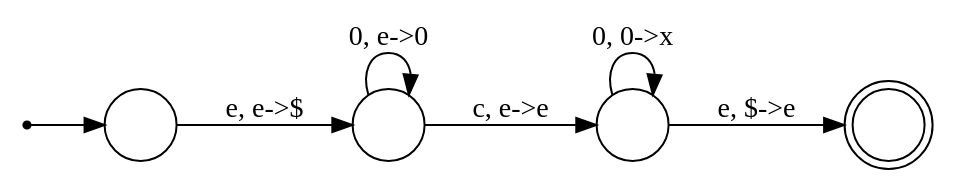
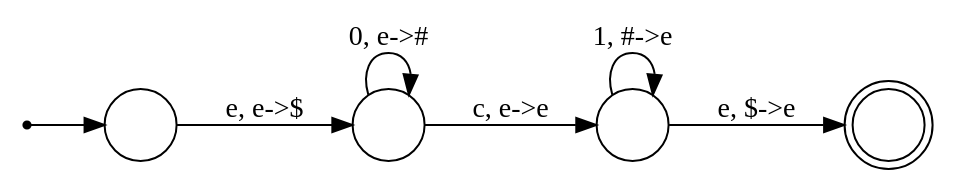
Before and after one commit to JwanMan/apuntes: the diagram in mc/n2.1.dot, drawn with Graphviz. The commit also changed 19 other files, not shown here.

```diff
--- a/mc/n2.1.dot
+++ b/mc/n2.1.dot
@@ -1,12 +1,12 @@
 digraph G {
 	rankdir=LR
 	begin[shape=point]
 	q1, q2, q3[shape=circle, label=""]
 	q4[shape=doublecircle, label=""]
 	begin -> q1
 	q1 -> q2[label="e, e->$",texlbl="$\epsilon, \epsilon \to \$$"]
-	q2 -> q2[label="0, e->0",texlbl="$\begin{matrix}0, \epsilon \to 0\\1, \epsilon \to 1\\\ \end{matrix}$"]
+	q2 -> q2[label="0, e->#",texlbl="$0, \epsilon \to \#$"]
 	q2 -> q3[label="c, e->e",texlbl="$c, \epsilon \to \epsilon$"]
-	q3 -> q3[label="0, 0->x",texlbl="$\begin{matrix}0, 0 \to \epsilon\\1, 1 \to \epsilon\\\ \end{matrix}$"] 
+	q3 -> q3[label="1, #->e",texlbl="$1, \# \to \epsilon$"] 
 	q3 -> q4[label="e, $->e",texlbl="$\epsilon, \$ \to \epsilon$"]
 }
```
